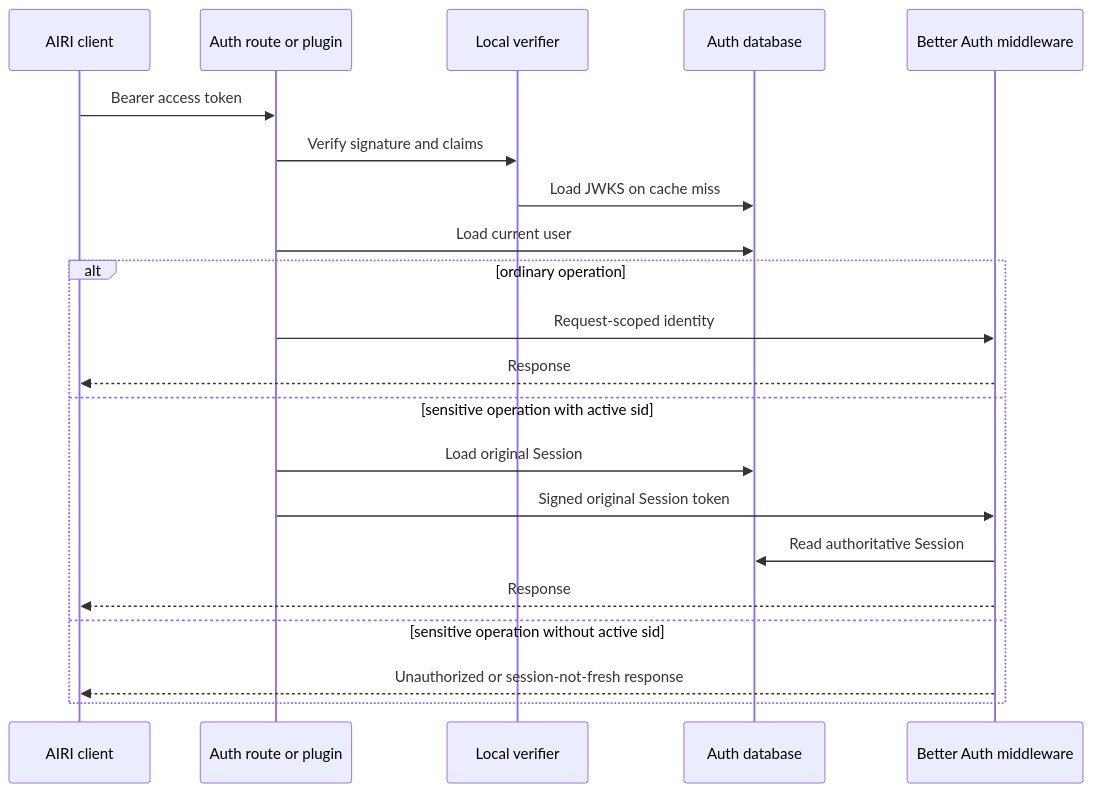
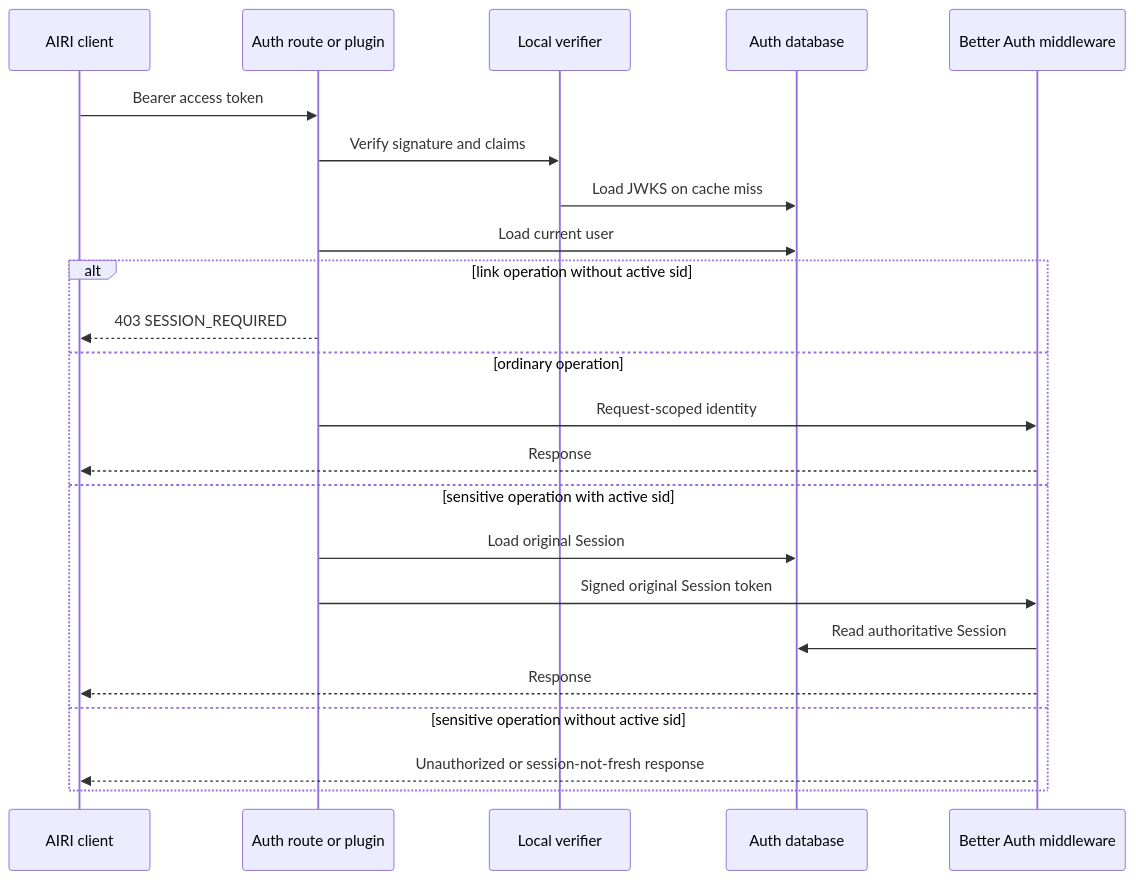
The third of 3 diagrams in server/docs/ai/adr/2026-09-20-oidc-jwt-session-boundary.md (moeru-ai/airi), drawn with Mermaid before and after one commit. The commit also changed other lines of this file and 8 other files, not shown here.

First line of the commit message:
fix(auth,stage-ui): require an active session to link an account (#3489)

````diff
--- a/server/docs/ai/adr/2026-09-20-oidc-jwt-session-boundary.md
+++ b/server/docs/ai/adr/2026-09-20-oidc-jwt-session-boundary.md
@@ -155,23 +197,25 @@
 ```mermaid
 sequenceDiagram
   participant C as AIRI client
   participant A as Auth route or plugin
   participant V as Local verifier
   participant D as Auth database
   participant B as Better Auth middleware
   C->>A: Bearer access token
   A->>V: Verify signature and claims
   V->>D: Load JWKS on cache miss
   A->>D: Load current user
-  alt ordinary operation
+  alt link operation without active sid
+    A-->>C: 403 SESSION_REQUIRED
+  else ordinary operation
     A->>B: Request-scoped identity
     B-->>C: Response
   else sensitive operation with active sid
     A->>D: Load original Session
     A->>B: Signed original Session token
     B->>D: Read authoritative Session
     B-->>C: Response
   else sensitive operation without active sid
     B-->>C: Unauthorized or session-not-fresh response
   end
 ```
````
